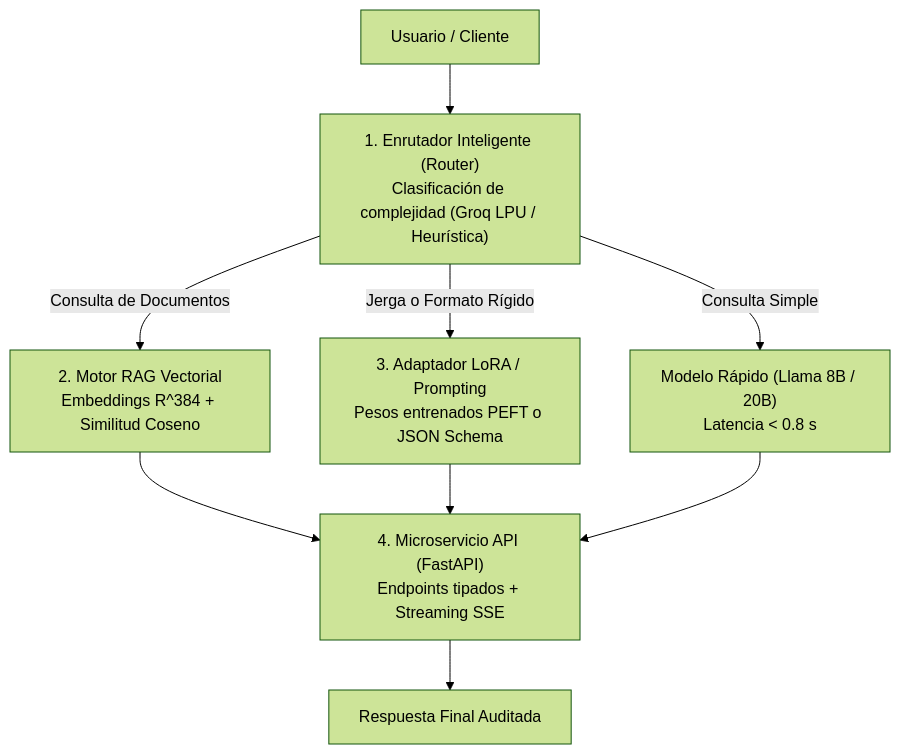
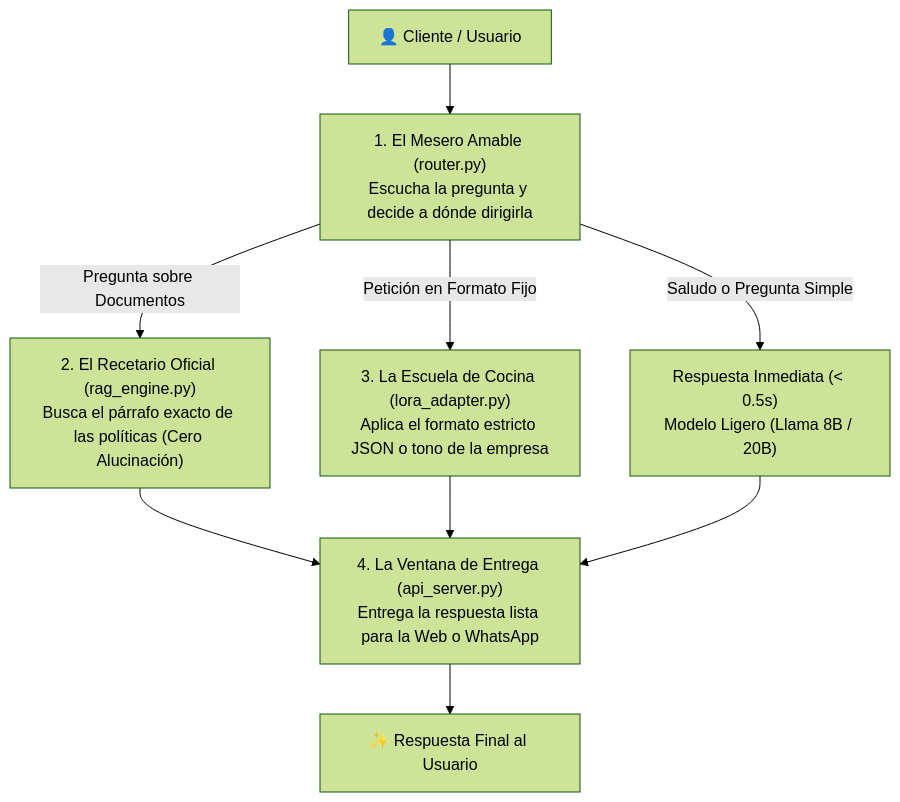
One commit to jjho05/meta-llama-engineering-labs changed the diagram in docs/modulo-1-fundamentos-ia/hackathon-guia-participante.md. Above: the diagram before and after it, drawn with Mermaid (forest theme). The commit also changed other lines of this file, not shown here.

````diff
--- a/docs/modulo-1-fundamentos-ia/hackathon-guia-participante.md
+++ b/docs/modulo-1-fundamentos-ia/hackathon-guia-participante.md
@@ -21,11 +21,11 @@
 ```mermaid
 graph TD
-    User["Usuario / Cliente"] --> Layer1["1. Enrutador Inteligente (Router)<br>Clasificación de complejidad (Groq LPU / Heurística)"]
-    Layer1 -->|"Consulta Simple"| DirectLLM["Modelo Rápido (Llama 8B / 20B)<br>Latencia < 0.8 s"]
-    Layer1 -->|"Consulta de Documentos"| Layer2["2. Motor RAG Vectorial<br>Embeddings R^384 + Similitud Coseno"]
-    Layer1 -->|"Jerga o Formato Rígido"| Layer3["3. Adaptador LoRA / Prompting<br>Pesos entrenados PEFT o JSON Schema"]
-    Layer2 --> Layer4["4. Microservicio API (FastAPI)<br>Endpoints tipados + Streaming SSE"]
-    Layer3 --> Layer4
-    DirectLLM --> Layer4
-    Layer4 --> Response["Respuesta Final Auditada"]
+    User["👤 Cliente / Usuario"] --> Router["1. El Mesero Amable (router.py)<br>Escucha la pregunta y decide a dónde dirigirla"]
+    Router -->|"Saludo o Pregunta Simple"| FastLLM["Respuesta Inmediata (< 0.5s)<br>Modelo Ligero (Llama 8B / 20B)"]
+    Router -->|"Pregunta sobre Documentos"| RAG["2. El Recetario Oficial (rag_engine.py)<br>Busca el párrafo exacto de las políticas (Cero Alucinación)"]
+    Router -->|"Petición en Formato Fijo"| LoRA["3. La Escuela de Cocina (lora_adapter.py)<br>Aplica el formato estricto JSON o tono de la empresa"]
+    RAG --> API["4. La Ventana de Entrega (api_server.py)<br>Entrega la respuesta lista para la Web o WhatsApp"]
+    LoRA --> API
+    FastLLM --> API
+    API --> Final["✨ Respuesta Final al Usuario"]
 ```
````
